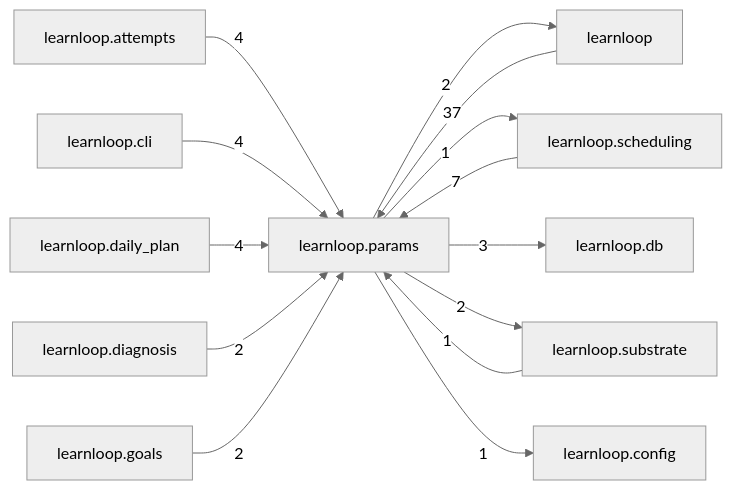
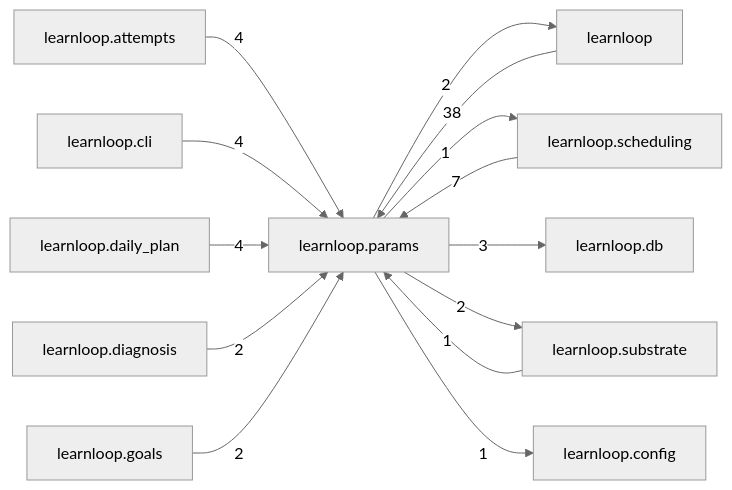
The diagram in docs/learnloop-architecture-vault/Reference/Modules/learnloop/params/_package.md (6up-b/learnanything), drawn with Mermaid (neutral theme) before and after one commit. The commit also changed other lines of this file and 575 other files, not shown here.

First line of the commit message:
TE2 landing, references: the architecture reference regenerated on the merged tree (DB and configuration reference, head 248, 1180 effective leaves with the two prose counts; desktop and module catalogs; vault validated)

````diff
--- a/docs/learnloop-architecture-vault/Reference/Modules/learnloop/params/_package.md
+++ b/docs/learnloop-architecture-vault/Reference/Modules/learnloop/params/_package.md
@@ -90,27 +90,27 @@
 ```mermaid
 flowchart LR
     center["learnloop.params"]
     n_learnloop["learnloop"]
     n_learnloop_scheduling["learnloop.scheduling"]
     n_learnloop_attempts["learnloop.attempts"]
     n_learnloop_cli["learnloop.cli"]
     n_learnloop_daily_plan["learnloop.daily_plan"]
     n_learnloop_db["learnloop.db"]
     n_learnloop_substrate["learnloop.substrate"]
     n_learnloop_diagnosis["learnloop.diagnosis"]
     n_learnloop_goals["learnloop.goals"]
     n_learnloop_config["learnloop.config"]
-    n_learnloop -->|37| center
+    n_learnloop -->|38| center
     center -->|2| n_learnloop
     n_learnloop_scheduling -->|7| center
     center -->|1| n_learnloop_scheduling
     n_learnloop_attempts -->|4| center
     n_learnloop_cli -->|4| center
     n_learnloop_daily_plan -->|4| center
     center -->|3| n_learnloop_db
     n_learnloop_substrate -->|1| center
     center -->|2| n_learnloop_substrate
     n_learnloop_diagnosis -->|2| center
     n_learnloop_goals -->|2| center
     center -->|1| n_learnloop_config
 ```
````
